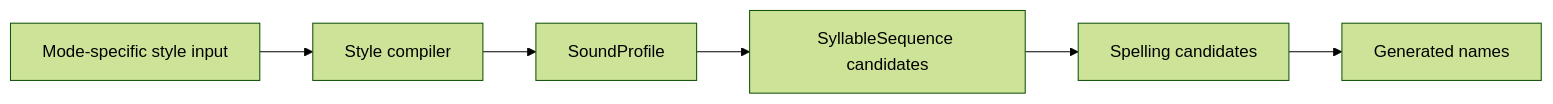
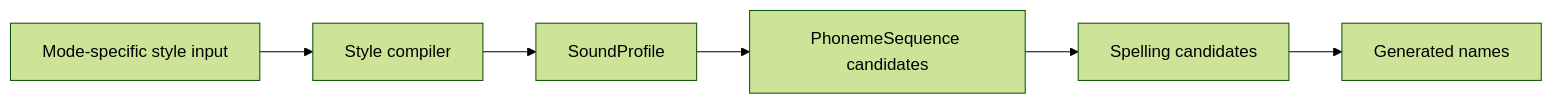
One commit to jaahay/name-forge changed the diagram in docs/architecture.md. Above: the diagram before and after it, drawn with Mermaid (forest theme). The commit also changed other lines of this file, not shown here.

Commit message:
Prefer PhonemeSequence for future candidate boundary

````diff
--- a/docs/architecture.md
+++ b/docs/architecture.md
@@ -66,8 +66,8 @@
 ```mermaid
 flowchart LR
   A[Mode-specific style input] --> B[Style compiler]
   B --> C[SoundProfile]
-  C --> D[SyllableSequence candidates]
+  C --> D[PhonemeSequence candidates]
   D --> E[Spelling candidates]
   E --> F[Generated names]
 ```
````
